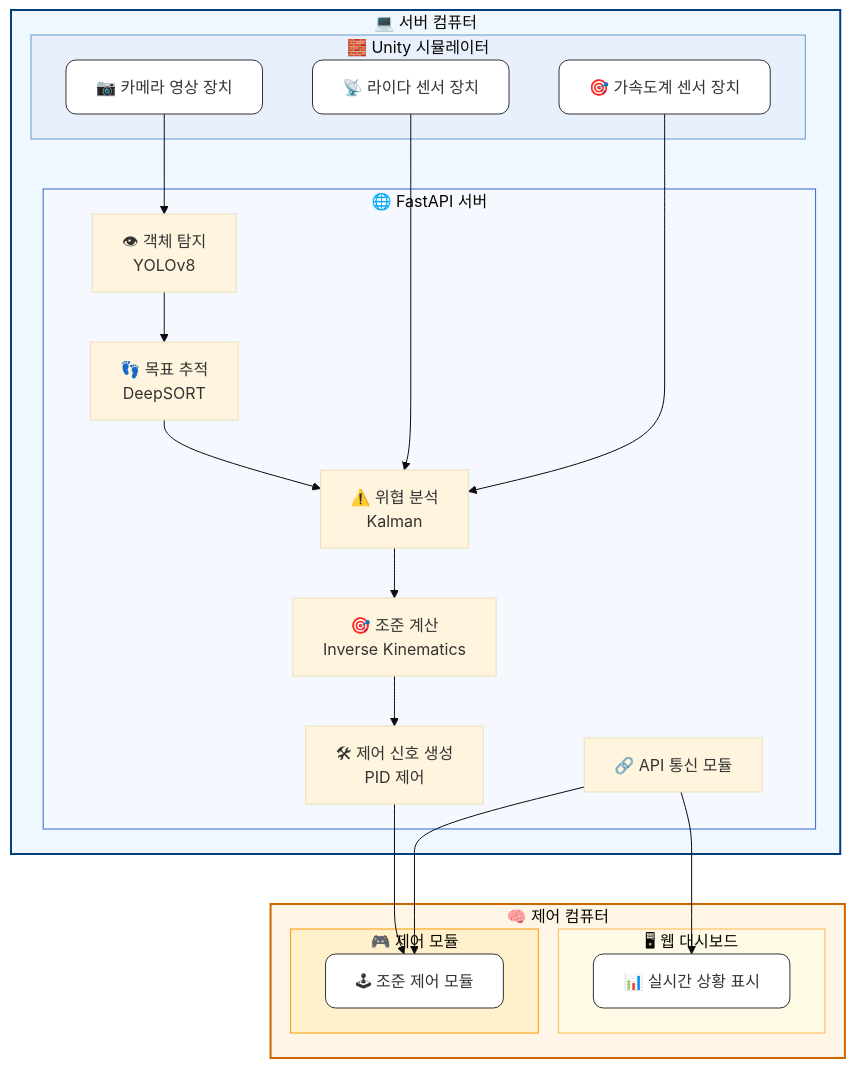
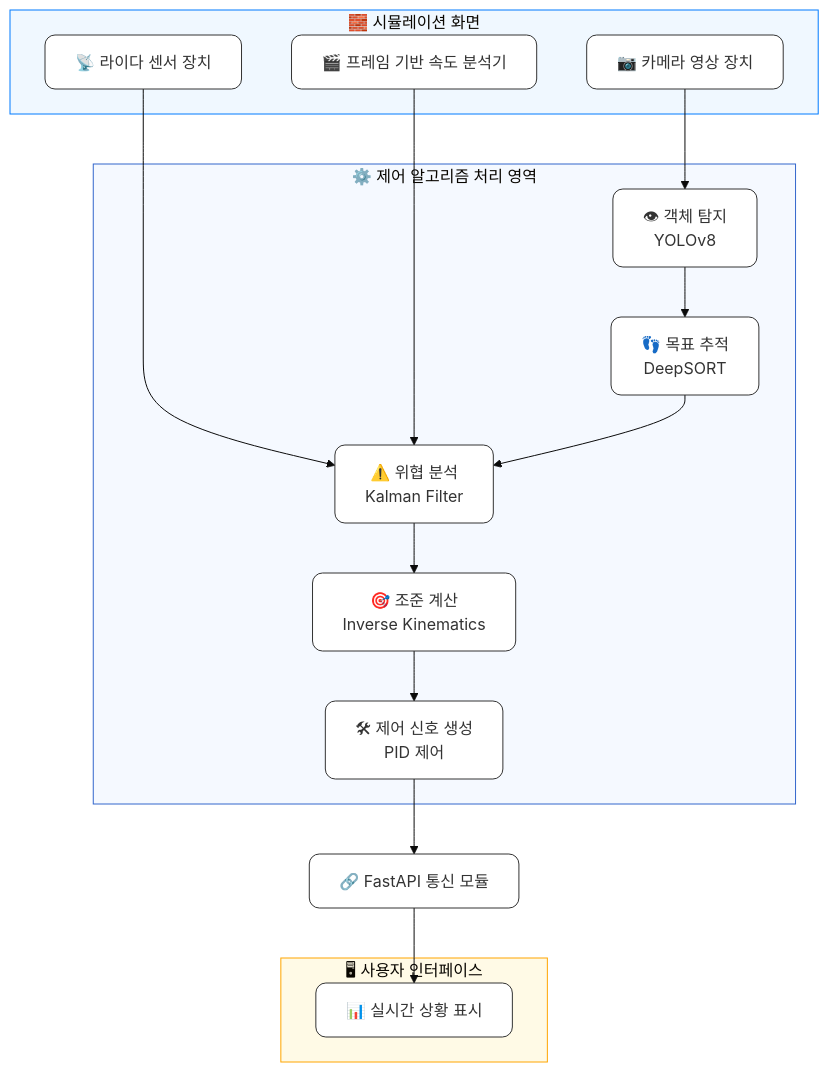
The diagram in 요구사항정의서.md (Rotem-Third-Project/Battlefield-object-recognition-learning-model), drawn with Mermaid (base theme) before and after one commit. The commit also changed other lines of this file, not shown here.

````diff
--- a/요구사항정의서.md
+++ b/요구사항정의서.md
@@ -42,59 +42,47 @@
 ```mermaid
-flowchart TD
+flowchart TB
 
-    %% 💻 서버 컴퓨터 그룹
-    subgraph Server_Computer ["💻 서버 컴퓨터"]
-        subgraph Simulator ["🧱 Unity 시뮬레이터"]
-            Cam[📷 카메라 영상 장치]
-            Lidar[📡 라이다 센서 장치]
-            IMU[🎯 가속도계 센서 장치]
-        end
-
-        subgraph FastAPI_Service ["🌐 FastAPI 서버"]
-            Detect[👁 객체 탐지\nYOLOv8]
-            Track[👣 목표 추적\nDeepSORT]
-            Threat[⚠️ 위협 분석\nKalman]
-            Aiming[🎯 조준 계산\nInverse Kinematics]
-            ControlGen[🛠 제어 신호 생성\nPID 제어]
-            APIConn[🔗 API 통신 모듈]
-
-            Detect --> Track
-            Track --> Threat
-        end
+    %% 🧱 시뮬레이션 화면
+    subgraph Sim_Screen ["🧱 시뮬레이션 화면"]
+        Cam[📷 카메라 영상 장치]
+        Lidar[📡 라이다 센서 장치]
+        Motion[🎬 프레임 기반 속도 분석기]
     end
 
-    %% 🧠 제어 컴퓨터 그룹
-    subgraph Control_Computer ["🧠 제어 컴퓨터"]
-        subgraph Control_Loop ["🎮 제어 모듈"]
-            Controller[🕹 조준 제어 모듈]
-        end
-
-        subgraph Monitor_UI ["🖥 웹 대시보드"]
-            Dashboard[📊 실시간 상황 표시]
-        end
+    %% ⚙️ 제어 알고리즘 영역
+    subgraph AI_Control ["⚙️ 제어 알고리즘 처리 영역"]
+        Detect[👁 객체 탐지<br/>YOLOv8]
+        Track[👣 목표 추적<br/>DeepSORT]
+        Threat[⚠️ 위협 분석<br/>Kalman Filter]
+        Aiming[🎯 조준 계산<br/>Inverse Kinematics]
+        ControlGen[🛠 제어 신호 생성<br/>PID 제어]
     end
 
-    %% 연결 관계
+    %% 🖥 사용자 인터페이스
+    subgraph User_UI ["🖥 사용자 인터페이스"]
+        Dashboard[📊 실시간 상황 표시]
+    end
+
+    %% 통신 모듈 (중간)
+    APIConn[🔗 FastAPI 통신 모듈]
+
+    %% 연결 관계 (위에서 아래로 흐르도록 정렬)
     Cam --> Detect
     Lidar --> Threat
-    IMU --> Threat
-
+    Motion --> Threat
+    Detect --> Track
+    Track --> Threat
     Threat --> Aiming
     Aiming --> ControlGen
-    ControlGen --> Controller
-    APIConn --> Controller
+    ControlGen --> APIConn
     APIConn --> Dashboard
 
-    %% 스타일: 서브그래프 배경
-    style Server_Computer fill:#F0F8FF,stroke:#004080,stroke-width:2px
-    style Simulator fill:#E8F0FE,stroke:#6699CC,stroke-width:1px
-    style FastAPI_Service fill:#F5F9FF,stroke:#3366CC,stroke-width:1px
+    %% 스타일: 서브그래프 색상
+    style Sim_Screen fill:#F0F8FF,stroke:#007BFF,stroke-width:1px
+    style AI_Control fill:#F5F9FF,stroke:#3366CC,stroke-width:1px
+    style User_UI fill:#FFFAE6,stroke:#FFA500,stroke-width:1px
 
-    style Control_Computer fill:#FFF5E6,stroke:#CC6600,stroke-width:2px
-    style Control_Loop fill:#FFF1CC,stroke:#FF9900,stroke-width:1px
-    style Monitor_UI fill:#FFFAE6,stroke:#FFB84D,stroke-width:1px
-
-    %% 노드 둥글기 스타일
-    classDef round_node fill:#FFFFFF,stroke:#333,stroke-width:1px,rx:10,ry:10;
-    class Cam,Lidar,IMU,Controller,Dashboard round_node;
+    %% 노드 스타일 정의
+    classDef node_style fill:#FFFFFF,stroke:#333333,stroke-width:1px,rx:10,ry:10;
+    class Cam,Lidar,Motion,Detect,Track,Threat,Aiming,ControlGen,APIConn,Dashboard node_style;
 ```
````
